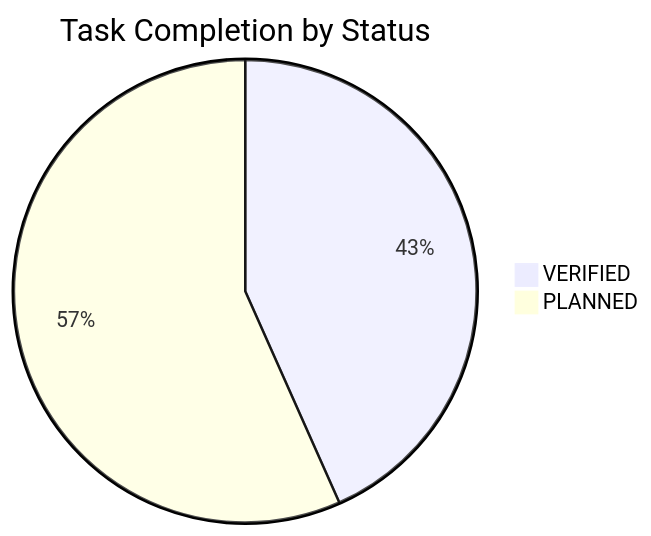
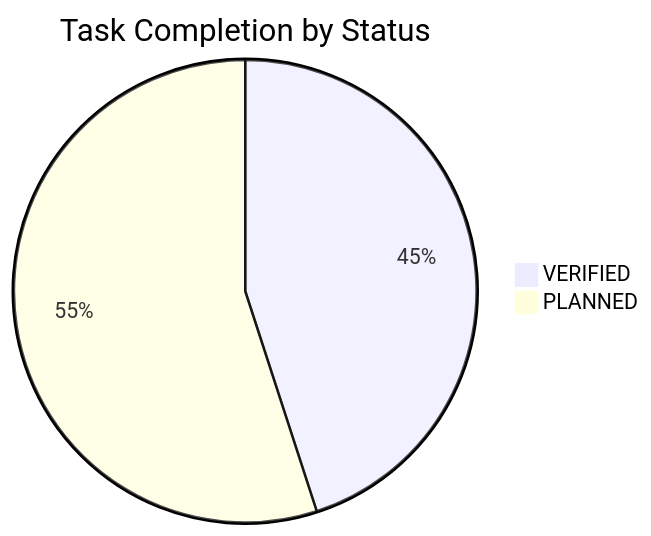
One commit to NguyenTriBaoThang/ClearWayAI changed the diagram in docs/TASK_BOARD.md. Above: the diagram before and after it, drawn with Mermaid. The commit also changed other lines of this file and 14 other files, not shown here.

````diff
--- a/docs/TASK_BOARD.md
+++ b/docs/TASK_BOARD.md
@@ -16,5 +16,5 @@
 ```mermaid
 pie title Task Completion by Status
-    "VERIFIED" : 26
-    "PLANNED" : 34
+    "VERIFIED" : 27
+    "PLANNED" : 33
 ```
````
